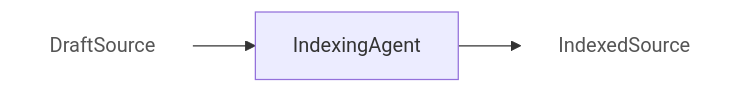
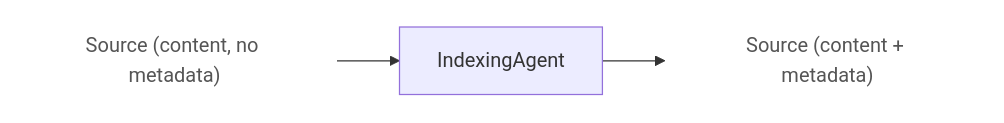
Before and after one commit to feuersteiner/contextrie: the diagram in core/agents/indexing/README.md, drawn with Mermaid. The commit also changed other lines of this file and 4 other files, not shown here.

Commit message:
Align docs with indexed source flow

````diff
--- a/core/agents/indexing/README.md
+++ b/core/agents/indexing/README.md
@@ -7,8 +7,8 @@
 ```mermaid
 flowchart LR
-  DraftSource --> IndexingAgent[IndexingAgent]
-  IndexingAgent --> IndexedSource
+  Source["Source (content, no metadata)"] --> IndexingAgent[IndexingAgent]
+  IndexingAgent --> IndexedSource["Source (content + metadata)"]
 
   classDef data fill:none,stroke:none,color:#555;
-  class DraftSource,IndexedSource data;
+  class Source,IndexedSource data;
 ```
````
